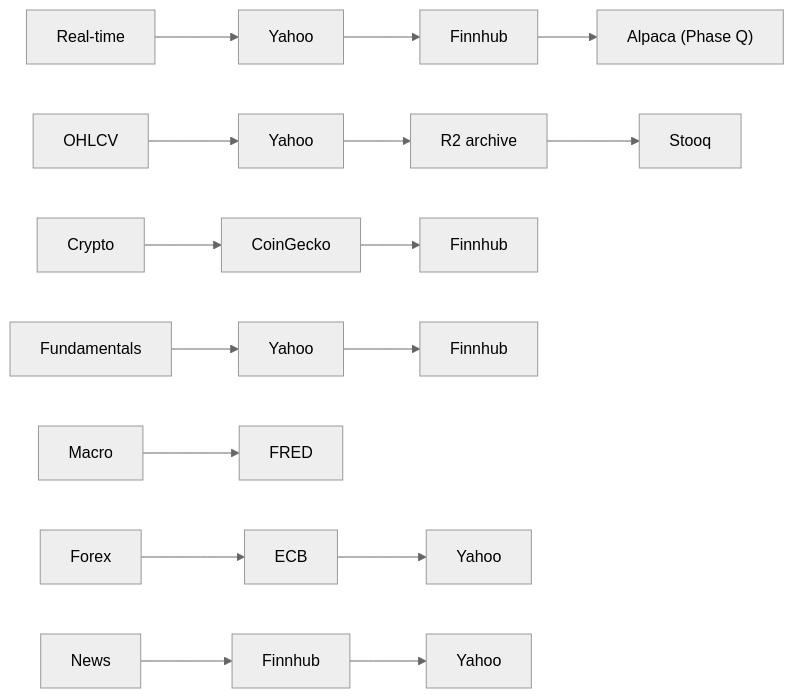
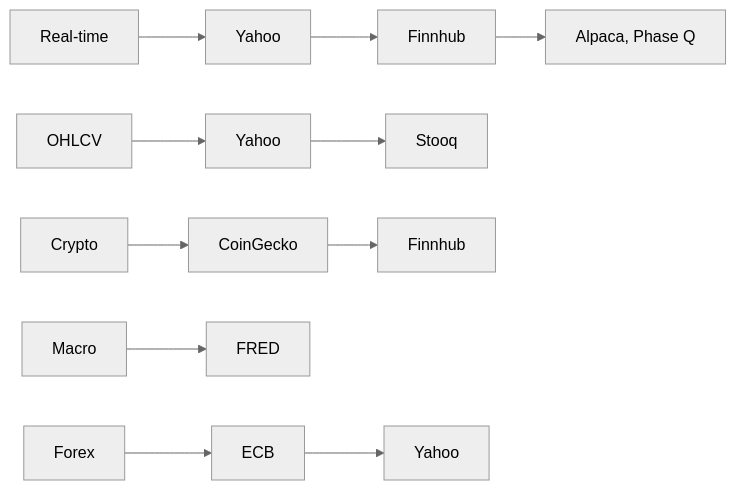
The third of 3 diagrams in docs/ROADMAP.md (RajwanYair/CrossTide), drawn with Mermaid (neutral theme) before and after one commit. The commit also changed other lines of this file and 4 other files, not shown here.

````diff
--- a/docs/ROADMAP.md
+++ b/docs/ROADMAP.md
@@ -462,10 +547,8 @@
 ```mermaid
 flowchart LR
-  RT[Real-time] --> Yahoo1[Yahoo] --> Finnhub1[Finnhub] --> Alpaca["Alpaca (Phase Q)"]
-  OHLCV[OHLCV] --> Yahoo2[Yahoo] --> R2[R2 archive] --> Stooq[Stooq]
-  Crypto[Crypto] --> CoinGecko[CoinGecko] --> Finnhub2[Finnhub]
-  Fund[Fundamentals] --> Yahoo3[Yahoo] --> Finnhub3[Finnhub]
-  Macro[Macro] --> FRED[FRED]
-  Forex[Forex] --> ECB[ECB] --> Yahoo4[Yahoo]
-  News[News] --> Finnhub4[Finnhub] --> Yahoo5[Yahoo]
+  RT["Real-time"] --> Y1["Yahoo"] --> F1["Finnhub"] --> A1["Alpaca, Phase Q"]
+  OH["OHLCV"] --> Y2["Yahoo"] --> S1["Stooq"]
+  CR["Crypto"] --> CG["CoinGecko"] --> F2["Finnhub"]
+  MA["Macro"] --> FR["FRED"]
+  FX["Forex"] --> EC["ECB"] --> Y3["Yahoo"]
 ```
````
